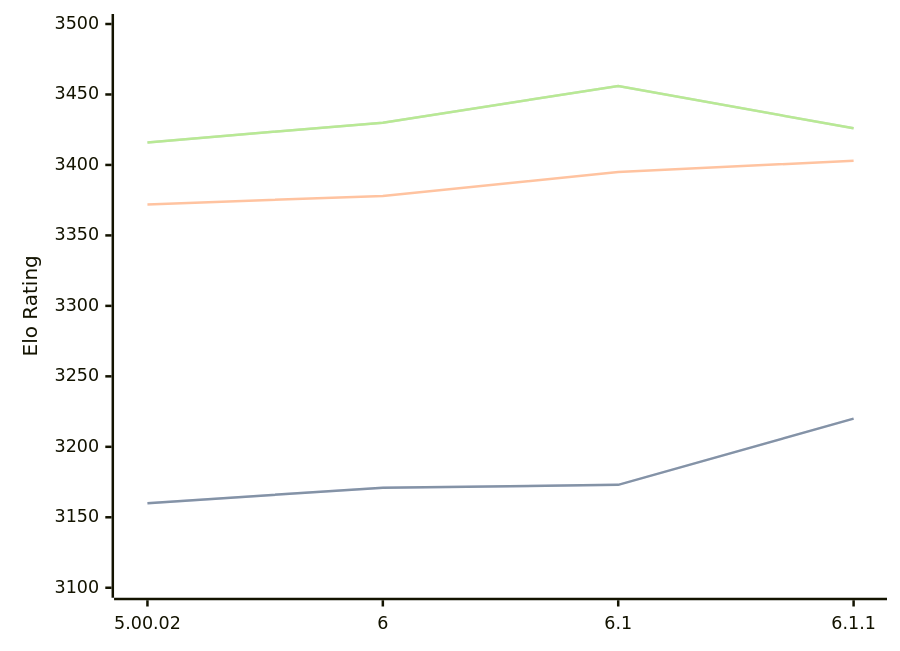
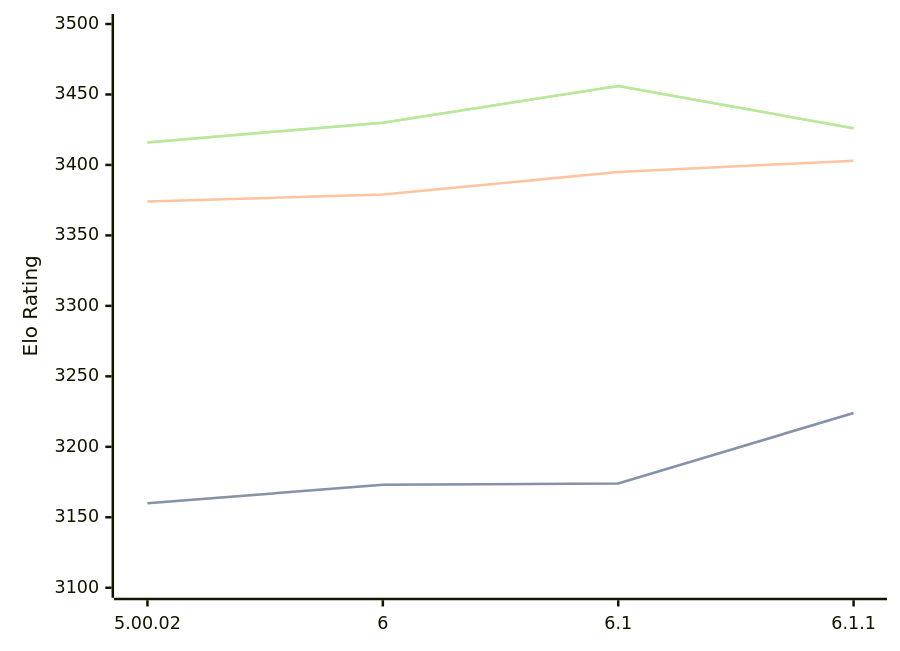
One commit to computer-chess-index/cci changed the diagram in engines/Zangdar.md. Above: the diagram before and after it, drawn with Mermaid. The commit also changed other lines of this file, not shown here.

````diff
--- a/engines/Zangdar.md
+++ b/engines/Zangdar.md
@@ -46,11 +46,11 @@
 ```mermaid
 %%{init: {"theme":"base","themeVariables":{"seriesColors:['#a3a3a3','#222221','#faa371']}}}%%
 xychart-beta
   x-axis ["5.00.02", "6", "6.1", "6.1.1"]
   y-axis "Elo Rating" 3100 --> 3500
-  line "STC (8.0+0.08s)" [3160, 3171, 3173, 3220]
-  line "STC (8.0+0.08s)" [3160, 3171, 3173, 3220]
-  line "LTC (60.0+0.60s)" [3372, 3378, 3395, 3403]
+  line "STC (8.0+0.08s)" [3160, 3173, 3174, 3224]
+  line "STC (8.0+0.08s)" [3160, 3173, 3174, 3224]
+  line "LTC (60.0+0.60s)" [3374, 3379, 3395, 3403]
   line "VLTC (2m24s+1.12s)" [3416, 3430, 3456, 3426]
   line "VLTC (2m24s+1.12s)" [3416, 3430, 3456, 3426]
 ```
````
